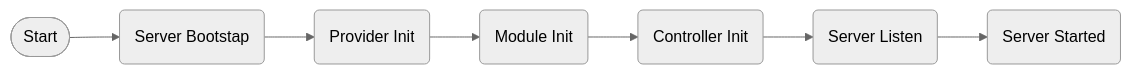
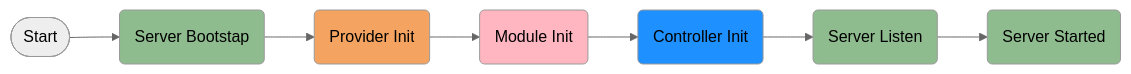
Before and after one commit to peque-ts/website: the first of 4 diagrams in docs/framework/lifecycle.md, drawn with Mermaid (neutral theme). The commit also changed other lines of this file and 28 other files, not shown here.

Commit message:
chore: replace diagrams with mermaid

````diff
--- a/docs/framework/lifecycle.md
+++ b/docs/framework/lifecycle.md
@@ -11,9 +11,14 @@
 ```mermaid
 graph LR
-  START([Start]) --> S(Server Bootstap)
-  S --> P(Provider Init)
-  P --> M(Module Init)
-  M --> C(Controller Init)
-  C --> SL(Server Listen)
-  SL --> SS(Server Started)
+  START([Start]) --> S(Server Bootstap):::server
+  S --> P(Provider Init):::service
+  P --> M(Module Init):::module
+  M --> C(Controller Init):::controller
+  C --> SL(Server Listen):::server
+  SL --> SS(Server Started):::server
+  
+  classDef server fill:DarkSeaGreen
+  classDef module fill:LightPink
+  classDef controller fill:DodgerBlue
+  classDef service fill:SandyBrown
 ```
````
